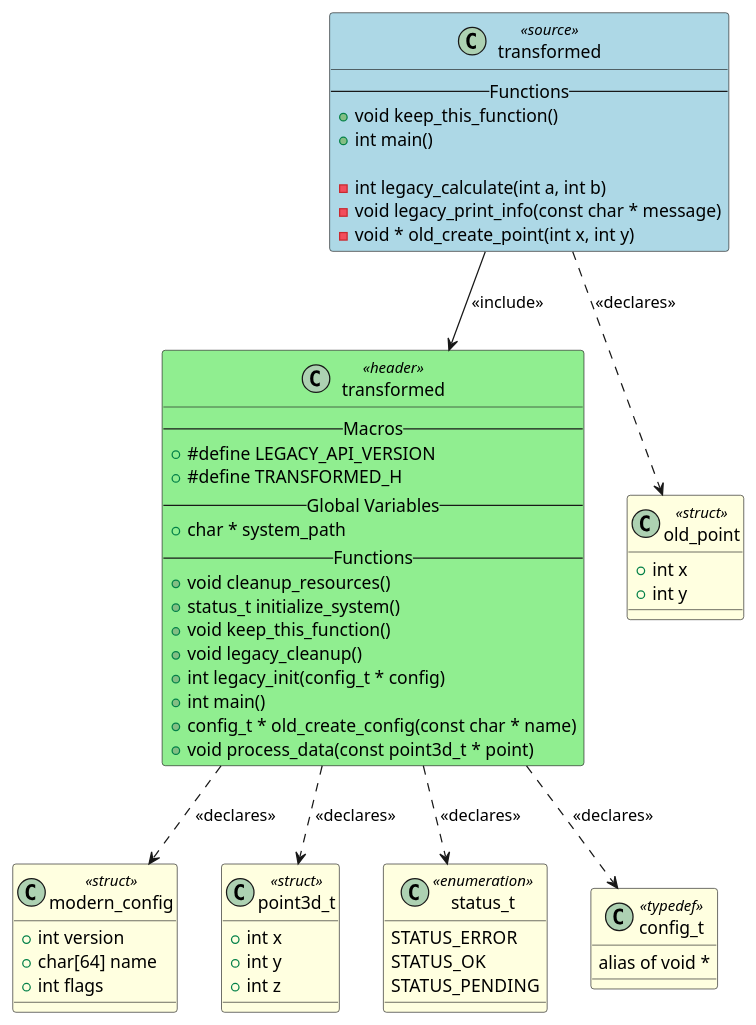
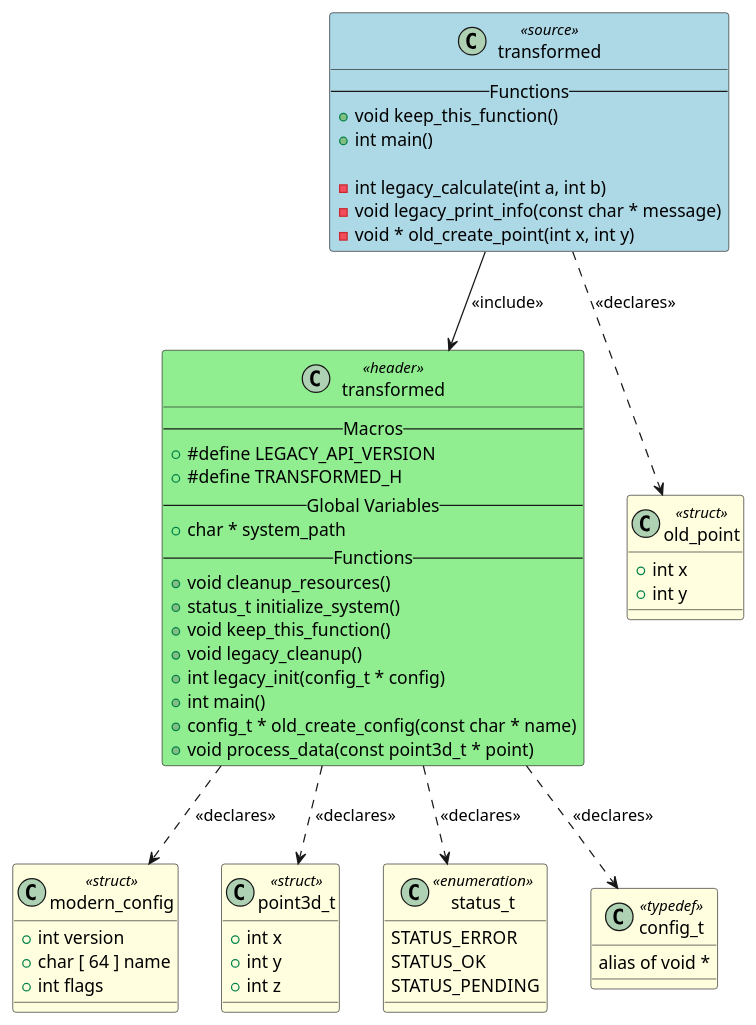
The diagram in artifacts/output_example/transformed.puml (fischerjooo/c2puml), drawn with PlantUML before and after one commit. The commit also changed 10 other files, not shown here.

```diff
--- a/artifacts/output_example/transformed.puml
+++ b/artifacts/output_example/transformed.puml
@@ -1,77 +1,77 @@
 @startuml transformed
 
 class "transformed" as TRANSFORMED <<source>> #LightBlue
 {
     -- Functions --
     + void keep_this_function()
     + int main()
 
     - int legacy_calculate(int a, int b)
     - void legacy_print_info(const char * message)
     - void * old_create_point(int x, int y)
 }
 
 class "transformed" as HEADER_TRANSFORMED <<header>> #LightGreen
 {
     -- Macros --
     + #define LEGACY_API_VERSION
     + #define TRANSFORMED_H
     -- Global Variables --
     + char * system_path
     -- Functions --
     + void cleanup_resources()
     + status_t initialize_system()
     + void keep_this_function()
     + void legacy_cleanup()
     + int legacy_init(config_t * config)
     + int main()
     + config_t * old_create_config(const char * name)
     + void process_data(const point3d_t * point)
 }
 
 class "old_point" as TYPEDEF_OLD_POINT <<struct>> #LightYellow
 {
     + int x
     + int y
 }
 
 class "modern_config" as TYPEDEF_MODERN_CONFIG <<struct>> #LightYellow
 {
     + int version
-    + char[64] name
+    + char [ 64 ] name
     + int flags
 }
 
 class "point3d_t" as TYPEDEF_POINT3D_T <<struct>> #LightYellow
 {
     + int x
     + int y
     + int z
 }
 
 class "status_t" as TYPEDEF_STATUS_T <<enumeration>> #LightYellow
 {
     STATUS_ERROR
     STATUS_OK
     STATUS_PENDING
 }
 
 class "config_t" as TYPEDEF_CONFIG_T <<typedef>> #LightYellow
 {
     alias of void *
 }
 
 
 ' Include relationships
 TRANSFORMED --> HEADER_TRANSFORMED : <<include>>
 
 ' Declaration relationships
 TRANSFORMED ..> TYPEDEF_OLD_POINT : <<declares>>
 HEADER_TRANSFORMED ..> TYPEDEF_MODERN_CONFIG : <<declares>>
 HEADER_TRANSFORMED ..> TYPEDEF_POINT3D_T : <<declares>>
 HEADER_TRANSFORMED ..> TYPEDEF_STATUS_T : <<declares>>
 HEADER_TRANSFORMED ..> TYPEDEF_CONFIG_T : <<declares>>
 
 ' Uses relationships
 
 @enduml
```
